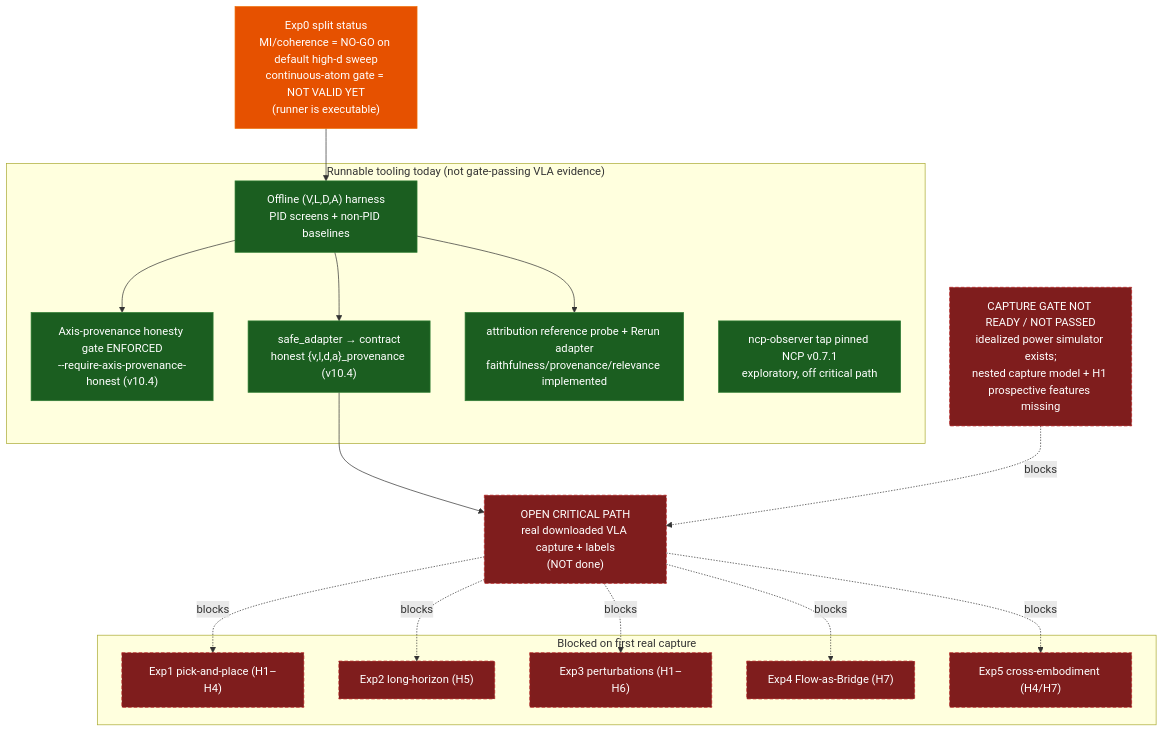
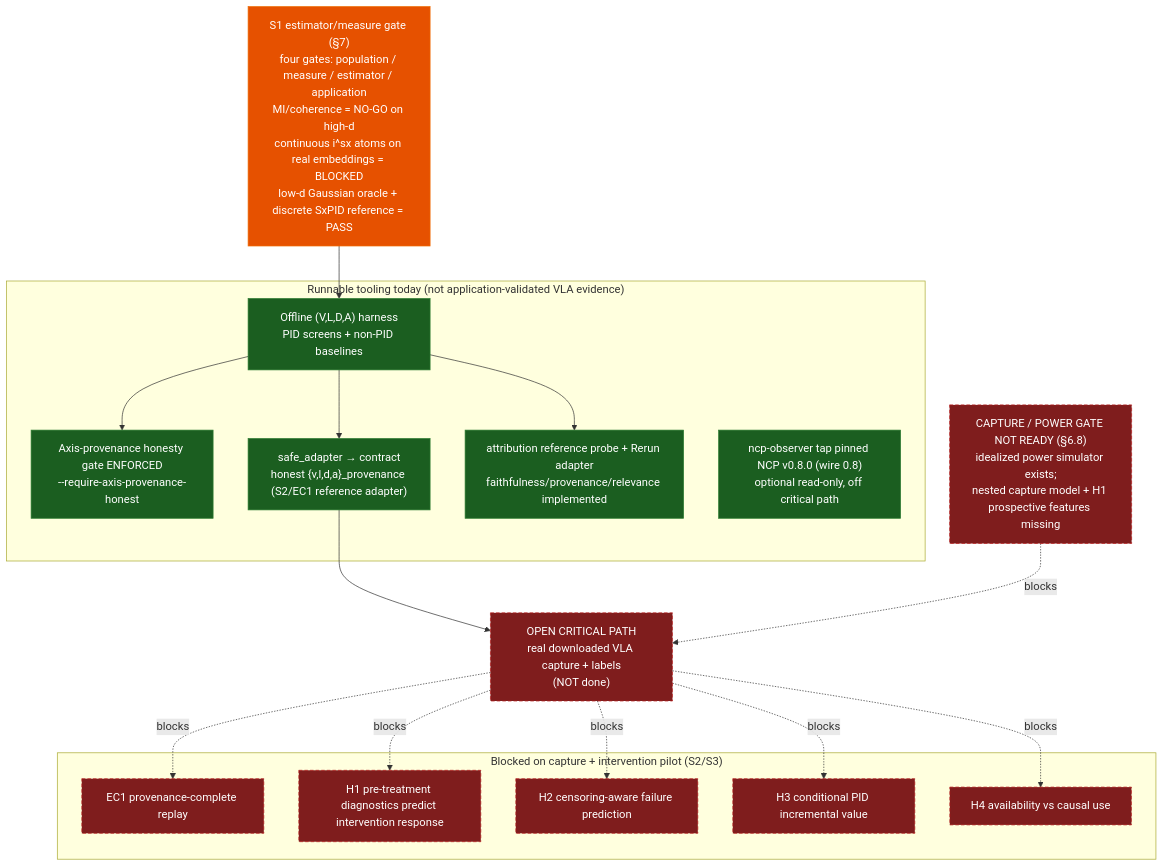
One commit to sepahead/prisoma changed the first of 18 diagrams in DIAGRAMS.md. Above: the diagram before and after it, drawn with Mermaid. The commit also changed other lines of this file and 22 other files, not shown here.

````diff
--- a/DIAGRAMS.md
+++ b/DIAGRAMS.md
@@ -22,35 +24,35 @@
 ```mermaid
 flowchart TD
     classDef run fill:#1b5e20,stroke:#2e7d32,color:#fff;
     classDef gate fill:#e65100,stroke:#ef6c00,color:#fff;
     classDef blocked fill:#7f1d1d,stroke:#b71c1c,color:#fff,stroke-dasharray:5 3;
 
-    Exp0["Exp0 split status<br/>MI/coherence = NO-GO on default high-d sweep<br/>continuous-atom gate = NOT VALID YET<br/>(runner is executable)"]:::gate
+    S1["S1 estimator/measure gate (§7)<br/>four gates: population / measure / estimator / application<br/>MI/coherence = NO-GO on high-d<br/>continuous i^sx atoms on real embeddings = BLOCKED<br/>low-d Gaussian oracle + discrete SxPID reference = PASS"]:::gate
 
-    subgraph Today["Runnable tooling today (not gate-passing VLA evidence)"]
+    subgraph Today["Runnable tooling today (not application-validated VLA evidence)"]
         Harness["Offline (V,L,D,A) harness<br/>PID screens + non-PID baselines"]:::run
-        ProvGate["Axis-provenance honesty gate ENFORCED<br/>--require-axis-provenance-honest (v10.4)"]:::run
-        Adapter["safe_adapter → contract<br/>honest {v,l,d,a}_provenance (v10.4)"]:::run
+        ProvGate["Axis-provenance honesty gate ENFORCED<br/>--require-axis-provenance-honest"]:::run
+        Adapter["safe_adapter → contract<br/>honest {v,l,d,a}_provenance (S2/EC1 reference adapter)"]:::run
         Attr["attribution reference probe + Rerun adapter<br/>faithfulness/provenance/relevance implemented"]:::run
-        Obs["ncp-observer tap pinned NCP v0.7.1<br/>exploratory, off critical path"]:::run
+        Obs["ncp-observer tap pinned NCP v0.8.0 (wire 0.8)<br/>optional read-only, off critical path"]:::run
     end
 
-    Power["CAPTURE GATE NOT READY / NOT PASSED<br/>idealized power simulator exists;<br/>nested capture model + H1 prospective features missing"]:::blocked
+    Power["CAPTURE / POWER GATE NOT READY (§6.8)<br/>idealized power simulator exists;<br/>nested capture model + H1 prospective features missing"]:::blocked
     Capture["OPEN CRITICAL PATH<br/>real downloaded VLA capture + labels<br/>(NOT done)"]:::blocked
 
-    subgraph Blocked["Blocked on first real capture"]
-        E1["Exp1 pick-and-place (H1–H4)"]:::blocked
-        E2["Exp2 long-horizon (H5)"]:::blocked
-        E3["Exp3 perturbations (H1–H6)"]:::blocked
-        E4["Exp4 Flow-as-Bridge (H7)"]:::blocked
-        E5["Exp5 cross-embodiment (H4/H7)"]:::blocked
+    subgraph Blocked["Blocked on capture + intervention pilot (S2/S3)"]
+        EC1["EC1 provenance-complete replay"]:::blocked
+        H1["H1 pre-treatment diagnostics predict intervention response"]:::blocked
+        H2["H2 censoring-aware failure prediction"]:::blocked
+        H3["H3 conditional PID incremental value"]:::blocked
+        H4["H4 availability vs causal use"]:::blocked
     end
 
-    Exp0 --> Harness
+    S1 --> Harness
     Harness --> ProvGate
     Harness --> Adapter
     Harness --> Attr
     Adapter --> Capture
     Power -. blocks .-> Capture
-    Capture -. blocks .-> E1 & E2 & E3 & E4 & E5
+    Capture -. blocks .-> EC1 & H1 & H2 & H3 & H4
 ```
````
